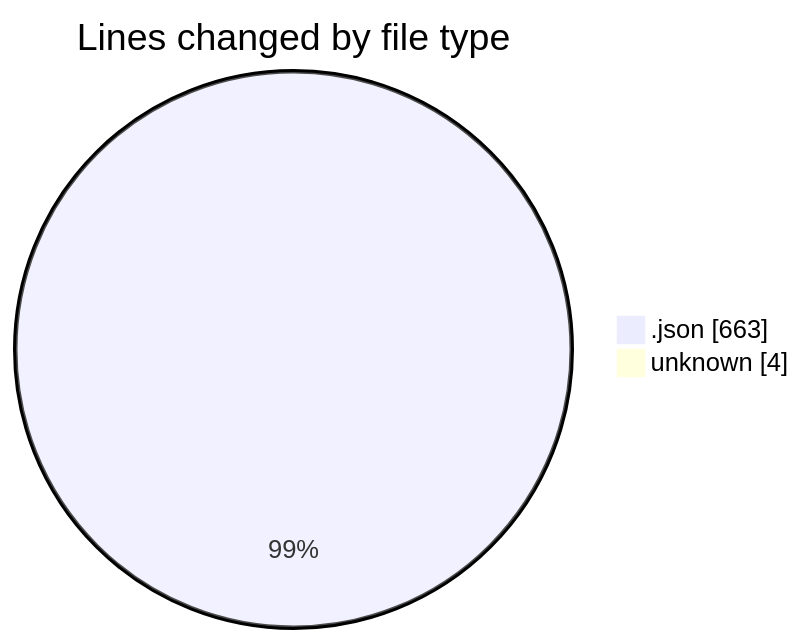
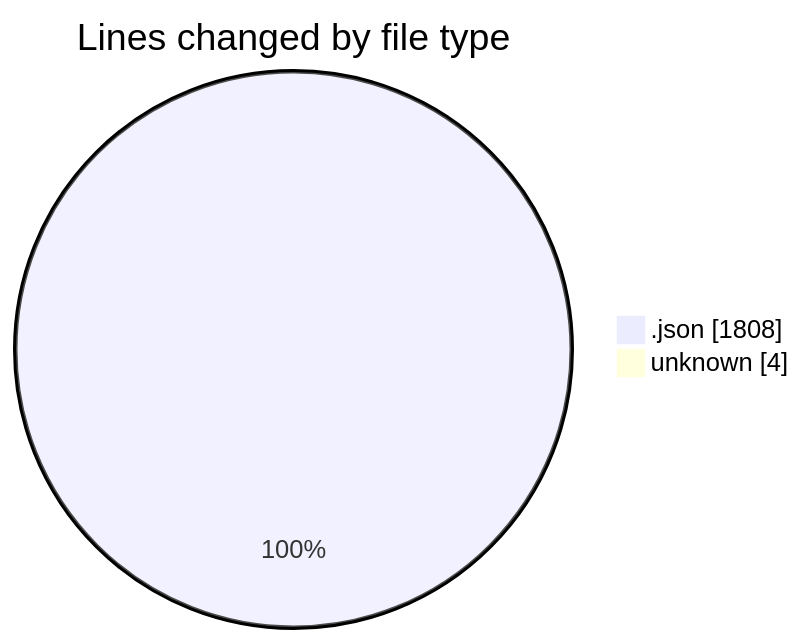
The first of 2 diagrams in 2025-07-27/_claude/README.md (EIIisD/code-tracking), drawn with Mermaid before and after one commit. The commit also changed other lines of this file and 1 other file, not shown here.

````diff
--- a/2025-07-27/_claude/README.md
+++ b/2025-07-27/_claude/README.md
@@ -22,6 +22,6 @@
 ```mermaid
 pie showData
 title Lines changed by file type
-".json" : 663
+".json" : 1808
 "unknown" : 4
 ```
````
